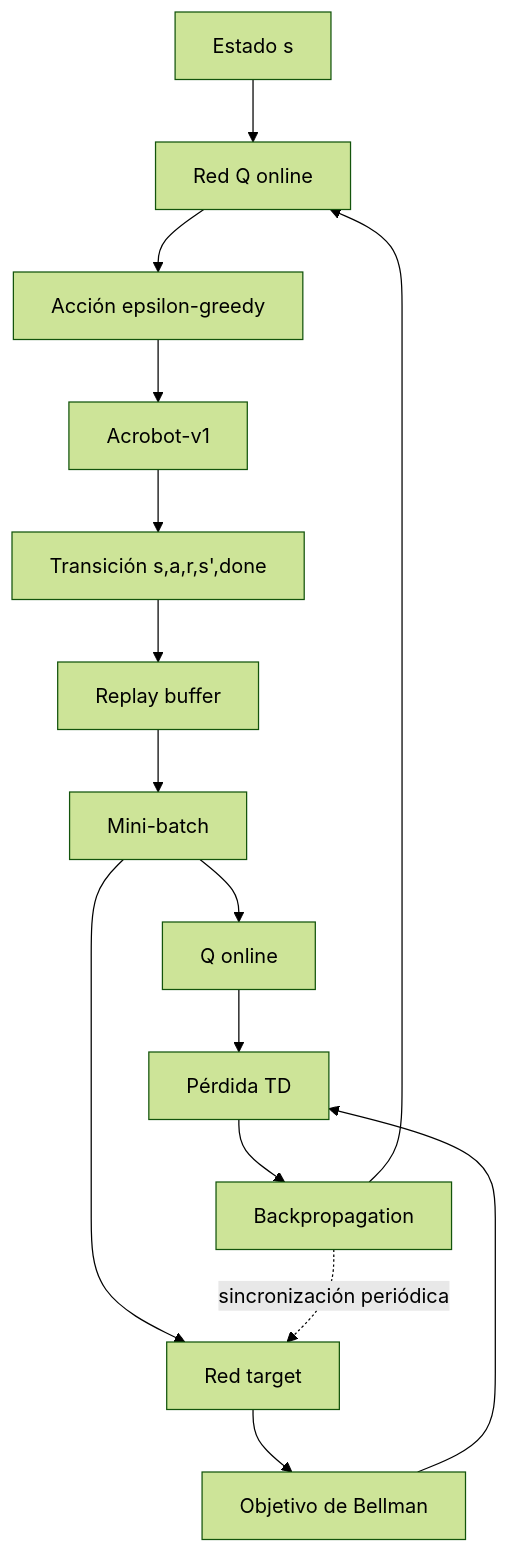
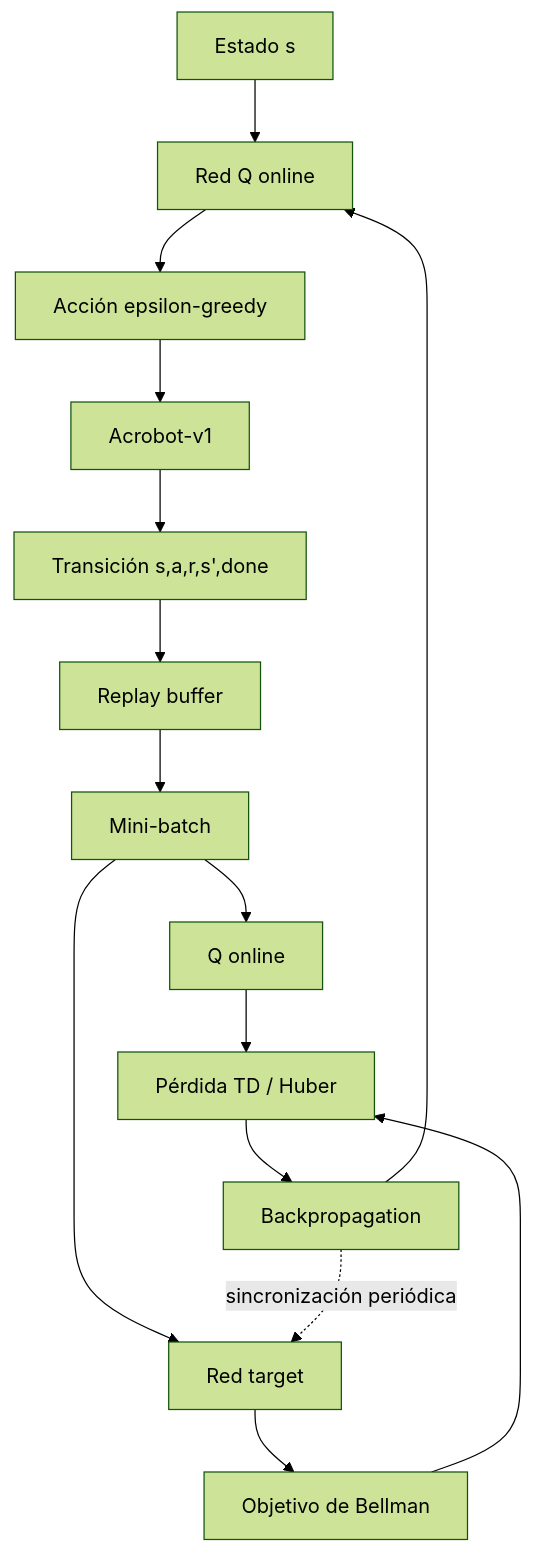
The diagram in README.md (jorecof/Taller2_DQN_Acrobot), drawn with Mermaid (forest theme) before and after one commit. The commit also changed other lines of this file, not shown here.

````diff
--- a/README.md
+++ b/README.md
@@ -24,17 +81,17 @@
 ```mermaid
 flowchart TD
 A[Estado s] --> B[Red Q online]
 B --> C[Acción epsilon-greedy]
 C --> D[Acrobot-v1]
 D --> E[Transición s,a,r,s',done]
 E --> F[Replay buffer]
 F --> G[Mini-batch]
 G --> H[Q online]
 G --> I[Red target]
 I --> J[Objetivo de Bellman]
-H --> K[Pérdida TD]
+H --> K[Pérdida TD / Huber]
 J --> K
 K --> L[Backpropagation]
 L --> B
 L -. sincronización periódica .-> I
 ```
````
